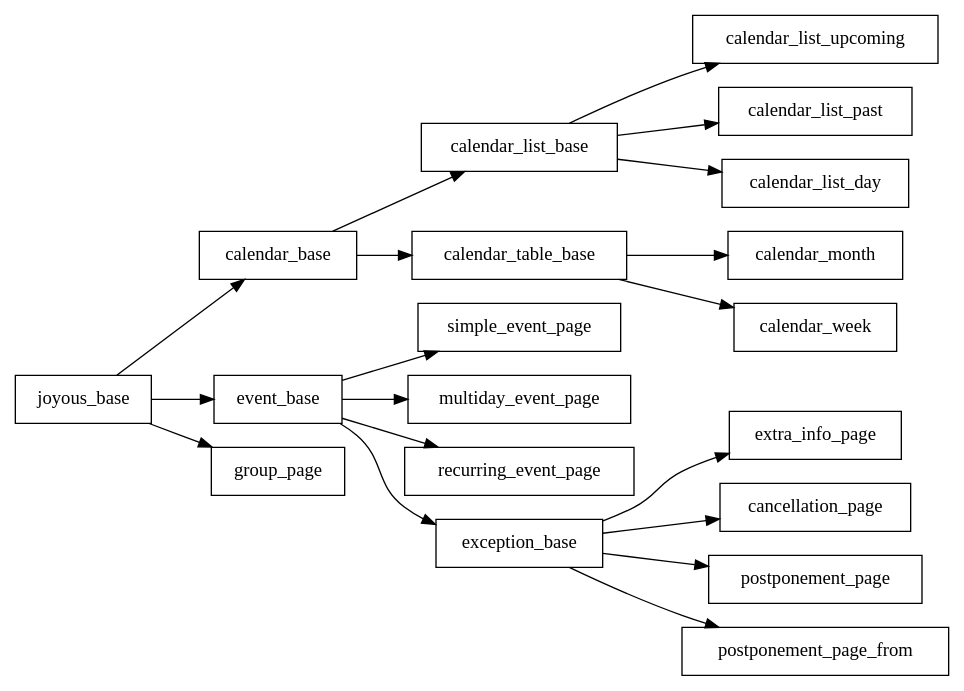
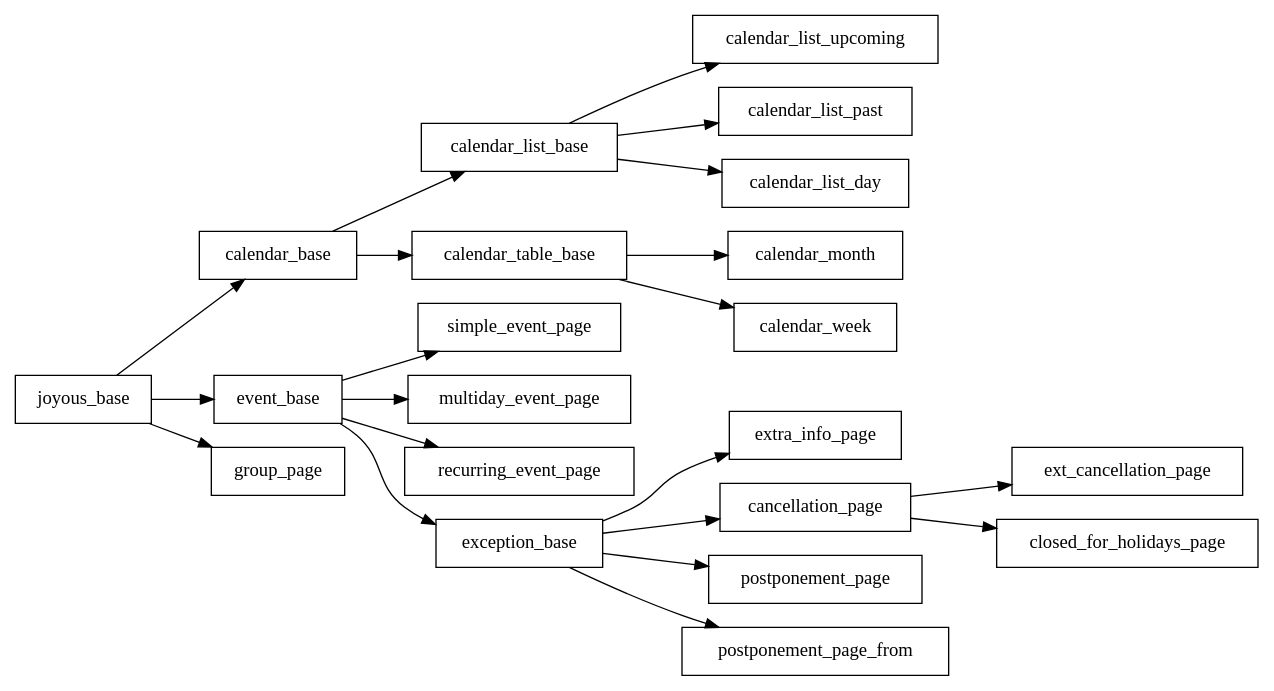
One commit to linuxsoftware/ls.joyous changed the diagram in docs/reference/templates.rst. Above: the diagram before and after it, drawn with Graphviz. The commit also changed other lines of this file and 13 other files, not shown here.

```diff
--- a/docs/reference/templates.rst
+++ b/docs/reference/templates.rst
@@ -7,20 +7,22 @@
 .. graphviz::
 
    digraph  {
       rankdir=LR;
       node [shape=box];
       "joyous_base" -> "calendar_base" -> "calendar_list_base" -> "calendar_list_upcoming";
       "calendar_list_base" -> "calendar_list_past";
       "calendar_list_base" -> "calendar_list_day";
       "calendar_base" -> "calendar_table_base" -> "calendar_month";
       "calendar_table_base" -> "calendar_week";
       "joyous_base" -> "event_base";
       "event_base" -> "simple_event_page";
       "event_base" -> "multiday_event_page";
       "event_base" -> "recurring_event_page";
       "event_base" -> "exception_base" -> "extra_info_page";
       "exception_base" -> "cancellation_page";
+      "cancellation_page" -> "ext_cancellation_page";
+      "cancellation_page" -> "closed_for_holidays_page";
       "exception_base" -> "postponement_page";
       "exception_base" -> "postponement_page_from";
       "joyous_base" -> "group_page";
    }
```
